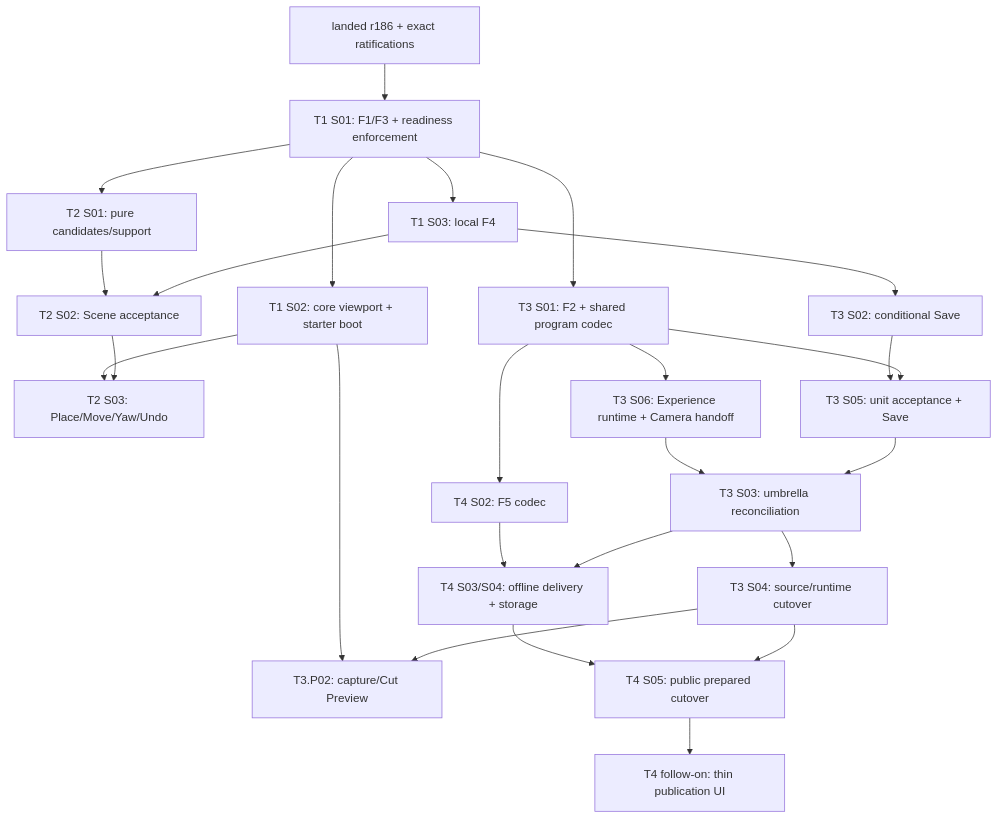
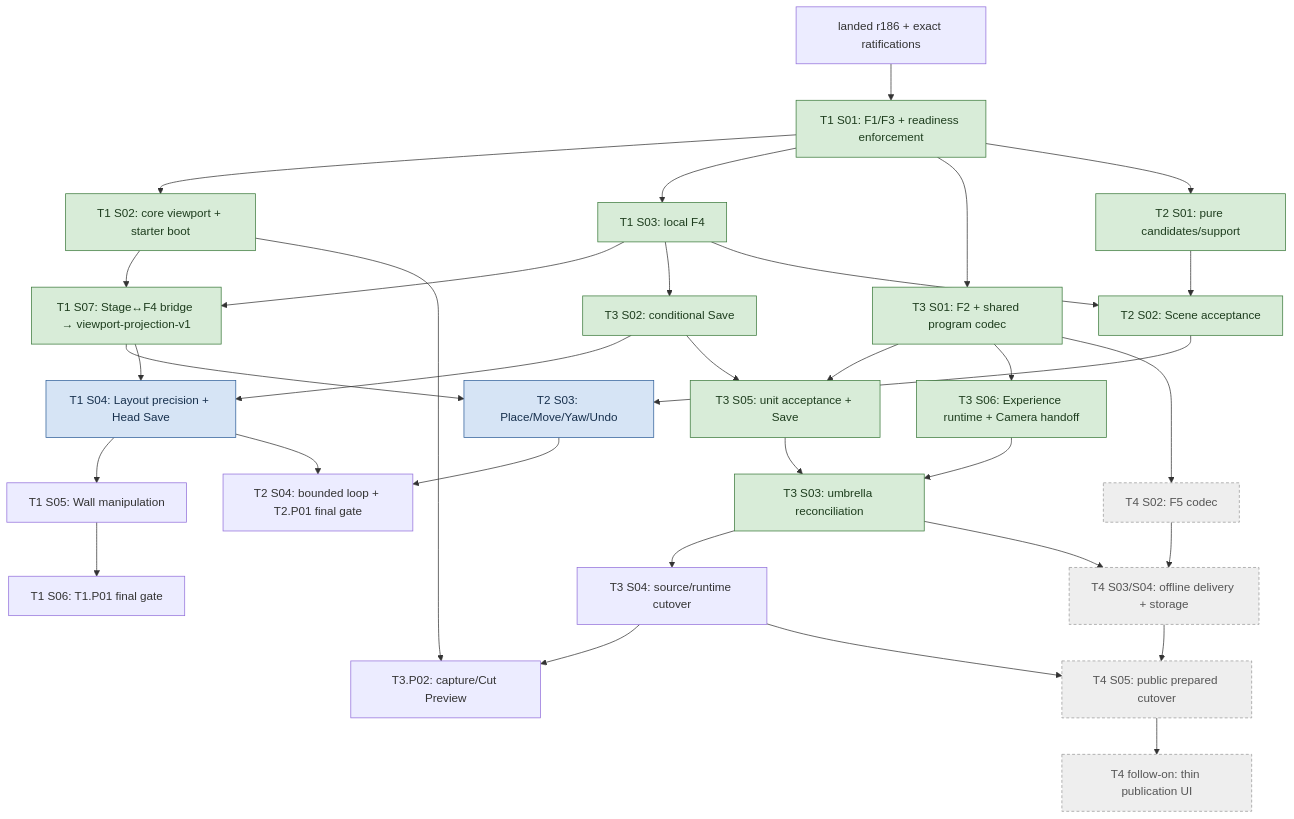
Before and after one commit to Biskiq/spatial-sketch-editor: the first of 3 diagrams in docs/roadmap/cross-track-execution.md, drawn with Mermaid. The commit also changed other lines of this file and 18 other files, not shown here.

````diff
--- a/docs/roadmap/cross-track-execution.md
+++ b/docs/roadmap/cross-track-execution.md
@@ -197,27 +198,41 @@
 ```mermaid
 flowchart TD
   R["landed r186 + exact ratifications"] --> A["T1 S01: F1/F3 + readiness enforcement"]
   A --> V["T1 S02: core viewport + starter boot"]
   A --> L["T1 S03: local F4"]
   A --> U["T3 S01: F2 + shared program codec"]
   A --> O["T2 S01: pure candidates/support"]
+  V --> B["T1 S07: Stage↔F4 bridge → viewport-projection-v1"]
+  L --> B
   L --> S["T3 S02: conditional Save"]
   L --> C["T2 S02: Scene acceptance"]
   O --> C
   C --> UI["T2 S03: Place/Move/Yaw/Undo"]
-  V --> UI
+  B --> UI
+  B --> P["T1 S04: Layout precision + Head Save"]
+  S --> P
+  P --> W["T1 S05: Wall manipulation"] --> G["T1 S06: T1.P01 final gate"]
+  P --> T2F["T2 S04: bounded loop + T2.P01 final gate"]
+  UI --> T2F
   U --> X5["T3 S05: unit acceptance + Save"]
   S --> X5
   U --> X6["T3 S06: Experience runtime + Camera handoff"]
   X5 --> X["T3 S03: umbrella reconciliation"]
   X6 --> X
   U --> F["T4 S02: F5 codec"]
   X --> CUT["T3 S04: source/runtime cutover"]
   X --> OFF["T4 S03/S04: offline delivery + storage"]
   F --> OFF
   CUT --> PRE["T3.P02: capture/Cut Preview"]
   V --> PRE
   CUT --> PUB["T4 S05: public prepared cutover"]
   OFF --> PUB
   PUB --> UX["T4 follow-on: thin publication UI"]
+
+  classDef shipped fill:#d8ecd8,stroke:#3c7a3c,color:#1e3d1e
+  classDef authorized fill:#d6e4f5,stroke:#2f5f99,color:#17304d
+  classDef deferred fill:#eeeeee,stroke:#999999,color:#555555,stroke-dasharray:4 3
+  class A,V,L,U,O,B,S,C,X5,X6,X shipped
+  class P,UI authorized
+  class F,OFF,PUB,UX deferred
 ```
````
